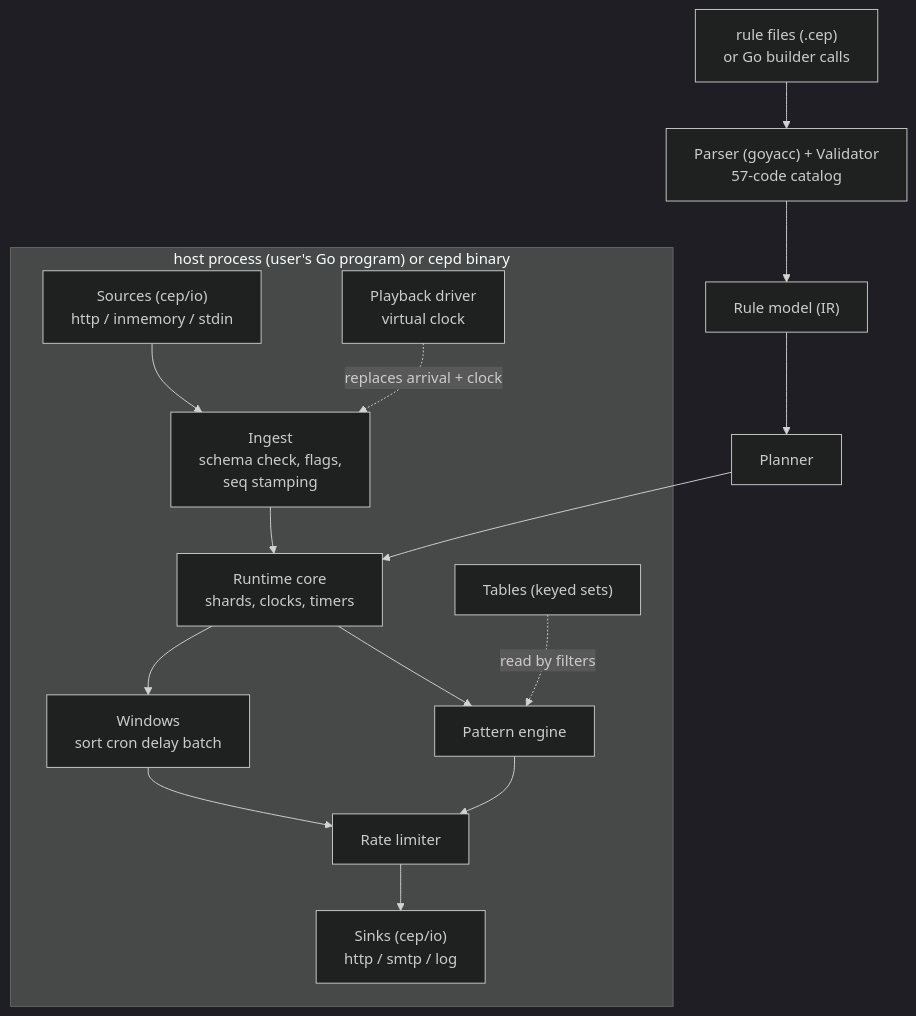
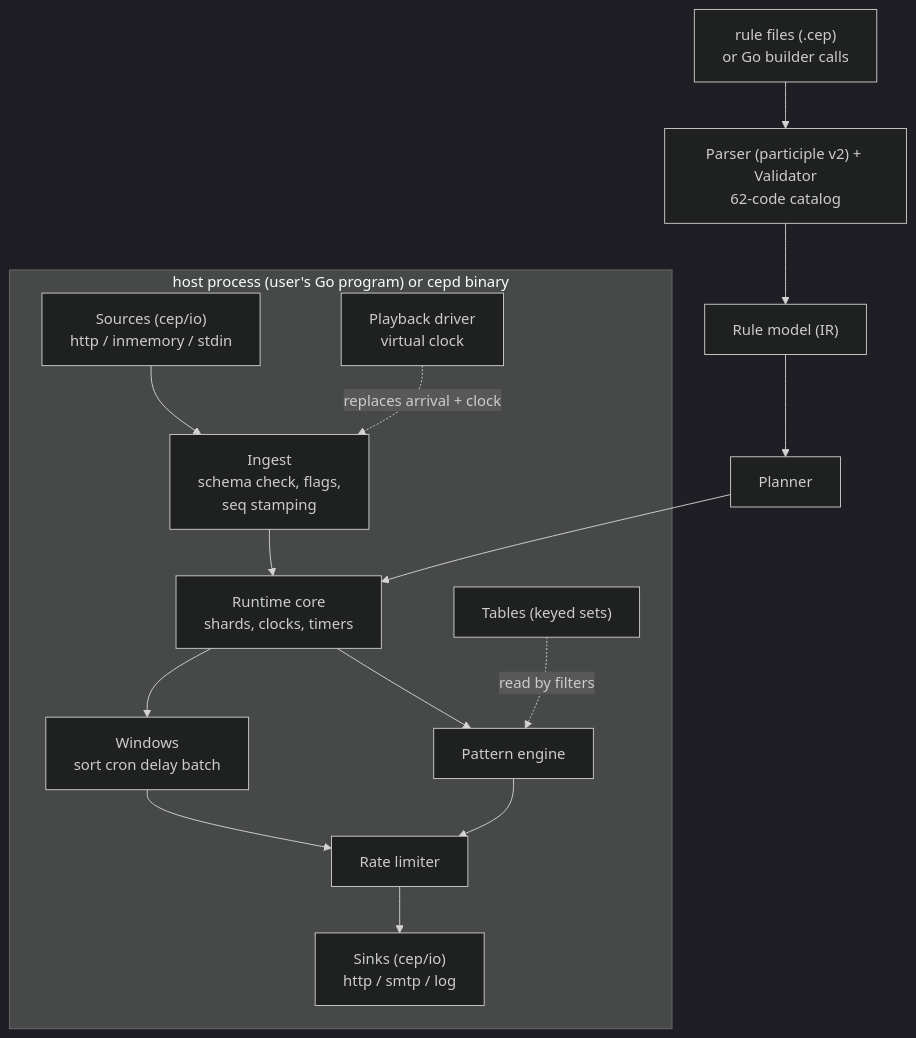
One commit to VORSAR/cep changed the first of 6 diagrams in docs/architecture/ARCHITECTURE.md. Above: the diagram before and after it, drawn with Mermaid (dark theme). The commit also changed other lines of this file and 21 other files, not shown here.

````diff
--- a/docs/architecture/ARCHITECTURE.md
+++ b/docs/architecture/ARCHITECTURE.md
@@ -16,16 +16,16 @@
 ```mermaid
 graph TD
     subgraph "host process (user's Go program) or cepd binary"
         SRC["Sources (cep/io)\nhttp / inmemory / stdin"] --> ING["Ingest\nschema check, flags,\nseq stamping"]
         ING --> RT["Runtime core\nshards, clocks, timers"]
         RT --> PAT["Pattern engine"]
         RT --> WIN["Windows\nsort cron delay batch"]
         PAT --> RATE["Rate limiter"]
         WIN --> RATE
         RATE --> SNK["Sinks (cep/io)\nhttp / smtp / log"]
         TBL["Tables (keyed sets)"] -.read by filters.-> PAT
         PB["Playback driver\nvirtual clock"] -. replaces arrival + clock .-> ING
     end
     %% annotated 2026-11-04: the parser is participle v2, not goyacc (ADR-0002 as amended)
-    RULES["rule files (.cep)\nor Go builder calls"] --> PARSE["Parser (goyacc) + Validator\n57-code catalog"] --> MODEL["Rule model (IR)"] --> PLAN["Planner"] --> RT
+    RULES["rule files (.cep)\nor Go builder calls"] --> PARSE["Parser (participle v2) + Validator\n62-code catalog"] --> MODEL["Rule model (IR)"] --> PLAN["Planner"] --> RT
 ```
````
